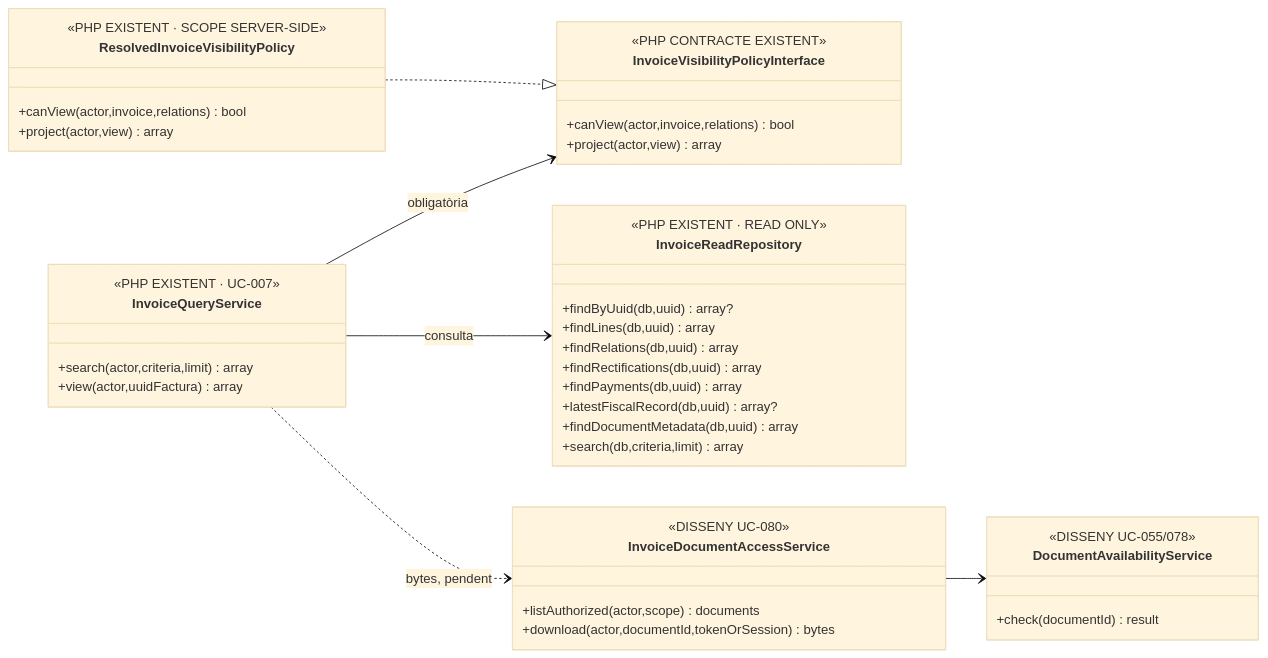
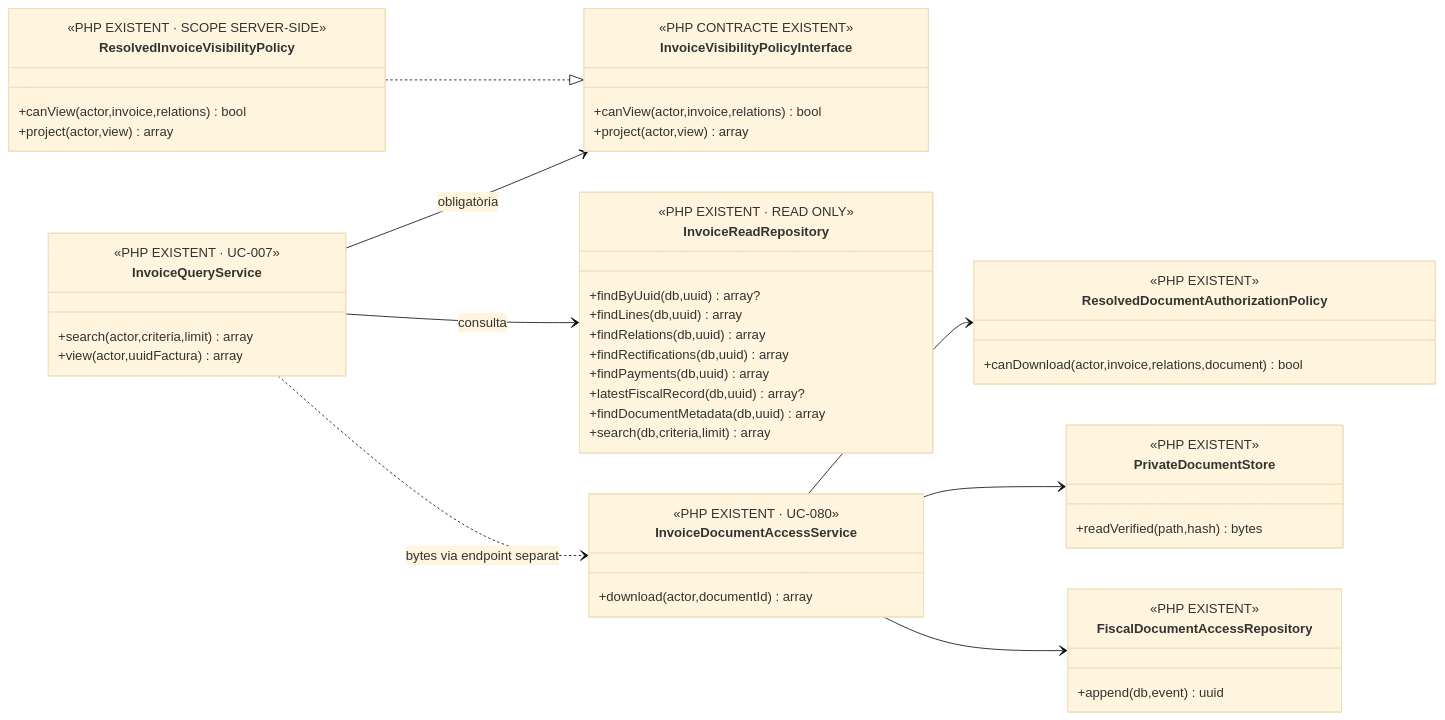
The third of 5 diagrams in documentacio/07-uml-integrat/uc-007-consultar-factura-estat-document.md (orgmeriemprismacat-del/verifactu), drawn with Mermaid (base theme) before and after one commit. The commit also changed other lines of this file, not shown here.

Commit message:
docs(uc-007): marcar UC-080 i autorització com a PHP existent

````diff
--- a/documentacio/07-uml-integrat/uc-007-consultar-factura-estat-document.md
+++ b/documentacio/07-uml-integrat/uc-007-consultar-factura-estat-document.md
@@ -117,44 +117,53 @@
 ```mermaid
 classDiagram
 direction LR
 class InvoiceQueryService {
  <<PHP EXISTENT · UC-007>>
  +search(actor,criteria,limit) array
  +view(actor,uuidFactura) array
 }
 class InvoiceVisibilityPolicyInterface {
  <<PHP CONTRACTE EXISTENT>>
  +canView(actor,invoice,relations) bool
  +project(actor,view) array
 }
 class ResolvedInvoiceVisibilityPolicy {
  <<PHP EXISTENT · SCOPE SERVER-SIDE>>
  +canView(actor,invoice,relations) bool
  +project(actor,view) array
 }
 class InvoiceReadRepository {
  <<PHP EXISTENT · READ ONLY>>
  +findByUuid(db,uuid) array?
  +findLines(db,uuid) array
  +findRelations(db,uuid) array
  +findRectifications(db,uuid) array
  +findPayments(db,uuid) array
  +latestFiscalRecord(db,uuid) array?
  +findDocumentMetadata(db,uuid) array
  +search(db,criteria,limit) array
 }
 class InvoiceDocumentAccessService {
- <<DISSENY UC-080>>
- +listAuthorized(actor,scope) documents
- +download(actor,documentId,tokenOrSession) bytes
+ <<PHP EXISTENT · UC-080>>
+ +download(actor,documentId) array
 }
-class DocumentAvailabilityService {
- <<DISSENY UC-055/078>>
- +check(documentId) result
+class ResolvedDocumentAuthorizationPolicy {
+ <<PHP EXISTENT>>
+ +canDownload(actor,invoice,relations,document) bool
+}
+class PrivateDocumentStore {
+ <<PHP EXISTENT>>
+ +readVerified(path,hash) bytes
+}
+class FiscalDocumentAccessRepository {
+ <<PHP EXISTENT>>
+ +append(db,event) uuid
 }
 InvoiceQueryService --> InvoiceVisibilityPolicyInterface : obligatòria
 ResolvedInvoiceVisibilityPolicy ..|> InvoiceVisibilityPolicyInterface
 InvoiceQueryService --> InvoiceReadRepository : consulta
-InvoiceQueryService ..> InvoiceDocumentAccessService : bytes, pendent
-InvoiceDocumentAccessService --> DocumentAvailabilityService
+InvoiceQueryService ..> InvoiceDocumentAccessService : bytes via endpoint separat
+InvoiceDocumentAccessService --> ResolvedDocumentAuthorizationPolicy
+InvoiceDocumentAccessService --> PrivateDocumentStore
+InvoiceDocumentAccessService --> FiscalDocumentAccessRepository
 ```
````
